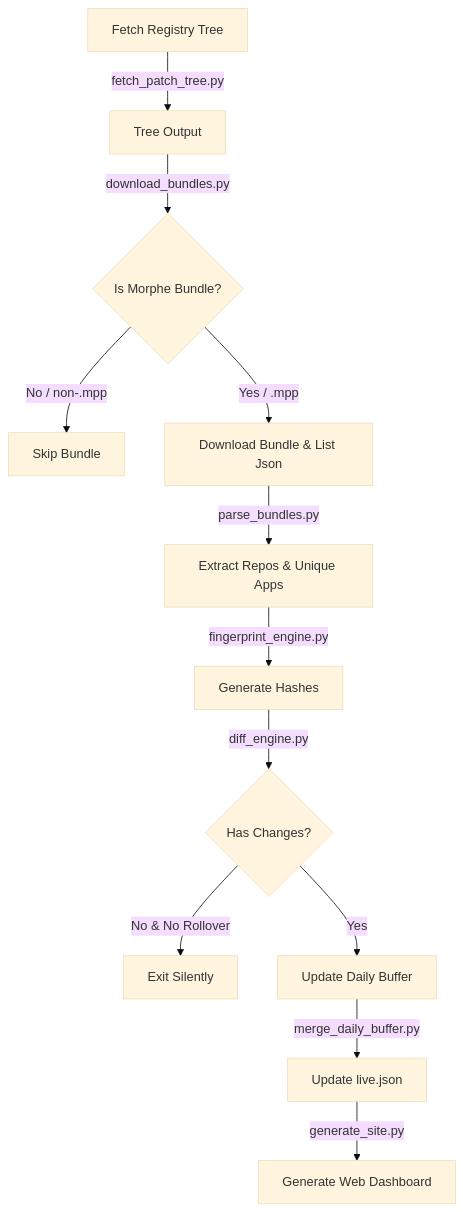
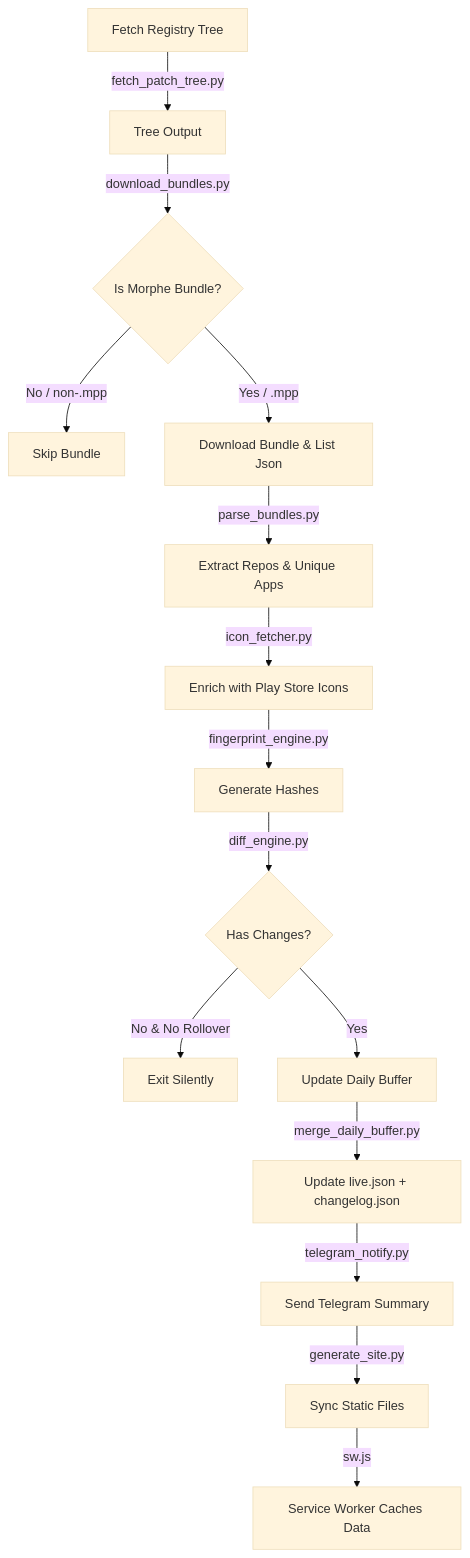
The diagram in README.md (drnx64/morphe-track-patches), drawn with Mermaid (base theme) before and after one commit. The commit also changed other lines of this file and 5 other files, not shown here.

First line of the commit message:
feat: Service Worker, app icons, code cleanup, and documentation overhaul

````diff
--- a/README.md
+++ b/README.md
@@ -50,14 +58,17 @@
 ```mermaid
 graph TD
     A[Fetch Registry Tree] -->|fetch_patch_tree.py| B[Tree Output]
     B -->|download_bundles.py| C{Is Morphe Bundle?}
     C -->|No / non-.mpp| D[Skip Bundle]
     C -->|Yes / .mpp| E[Download Bundle & List Json]
     E -->|parse_bundles.py| F[Extract Repos & Unique Apps]
-    F -->|fingerprint_engine.py| G[Generate Hashes]
-    G -->|diff_engine.py| H{Has Changes?}
-    H -->|No & No Rollover| I[Exit Silently]
-    H -->|Yes| J[Update Daily Buffer]
-    J -->|merge_daily_buffer.py| K[Update live.json]
-    K -->|generate_site.py| L[Generate Web Dashboard]
+    F -->|icon_fetcher.py| G[Enrich with Play Store Icons]
+    G -->|fingerprint_engine.py| H[Generate Hashes]
+    H -->|diff_engine.py| I{Has Changes?}
+    I -->|No & No Rollover| J[Exit Silently]
+    I -->|Yes| K[Update Daily Buffer]
+    K -->|merge_daily_buffer.py| L[Update live.json + changelog.json]
+    L -->|telegram_notify.py| M[Send Telegram Summary]
+    M -->|generate_site.py| N[Sync Static Files]
+    N -->|sw.js| O[Service Worker Caches Data]
 ```
````
